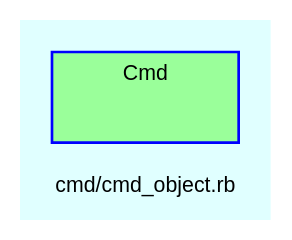
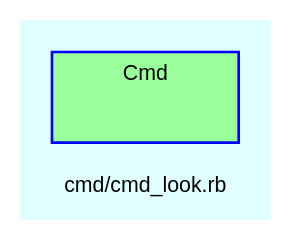
Before and after one commit to Tyche/teensymud: the diagram in doc/dot/f_13.dot, drawn with Graphviz. The commit also changed 92 other files, not shown here.

```diff
--- a/doc/dot/f_13.dot
+++ b/doc/dot/f_13.dot
@@ -1,29 +1,29 @@
 digraph TopLevel {
     compound = true
     bgcolor = lightcyan1
     fontname = Arial
     fontsize = 8
-    label = "cmd/cmd_object.rb"
+    label = "cmd/cmd_look.rb"
     node [
         fontname = Arial,
         fontsize = 8,
         color = black
     ]
 
     subgraph cluster_Cmd {
         fillcolor = palegreen1
         URL = "classes/Cmd.html"
         fontname = Arial
         color = blue
         label = "Cmd"
         style = filled
         Cmd [
             shape = plaintext,
             height = 0.01,
             width = 0.75,
             label = ""
         ]
 
     }
 
 }
```
